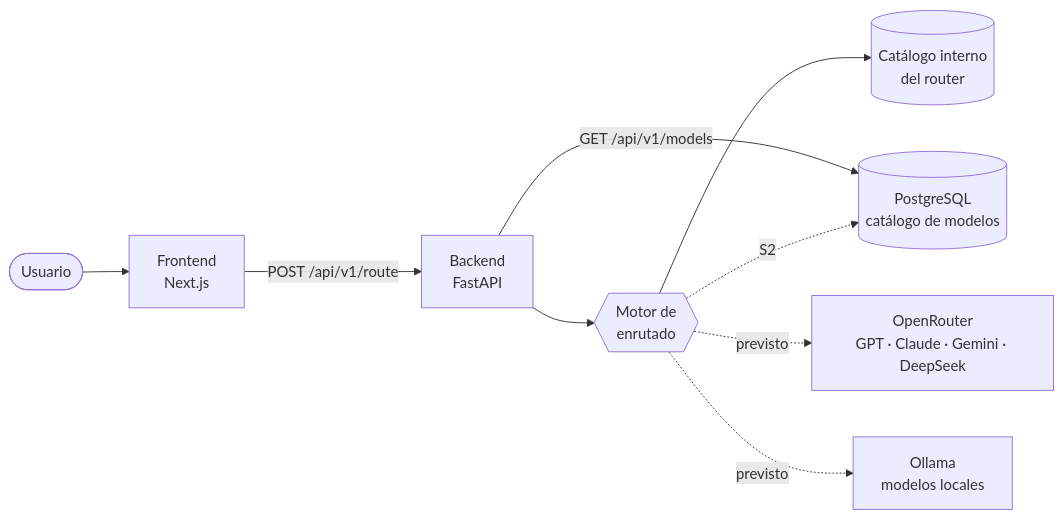
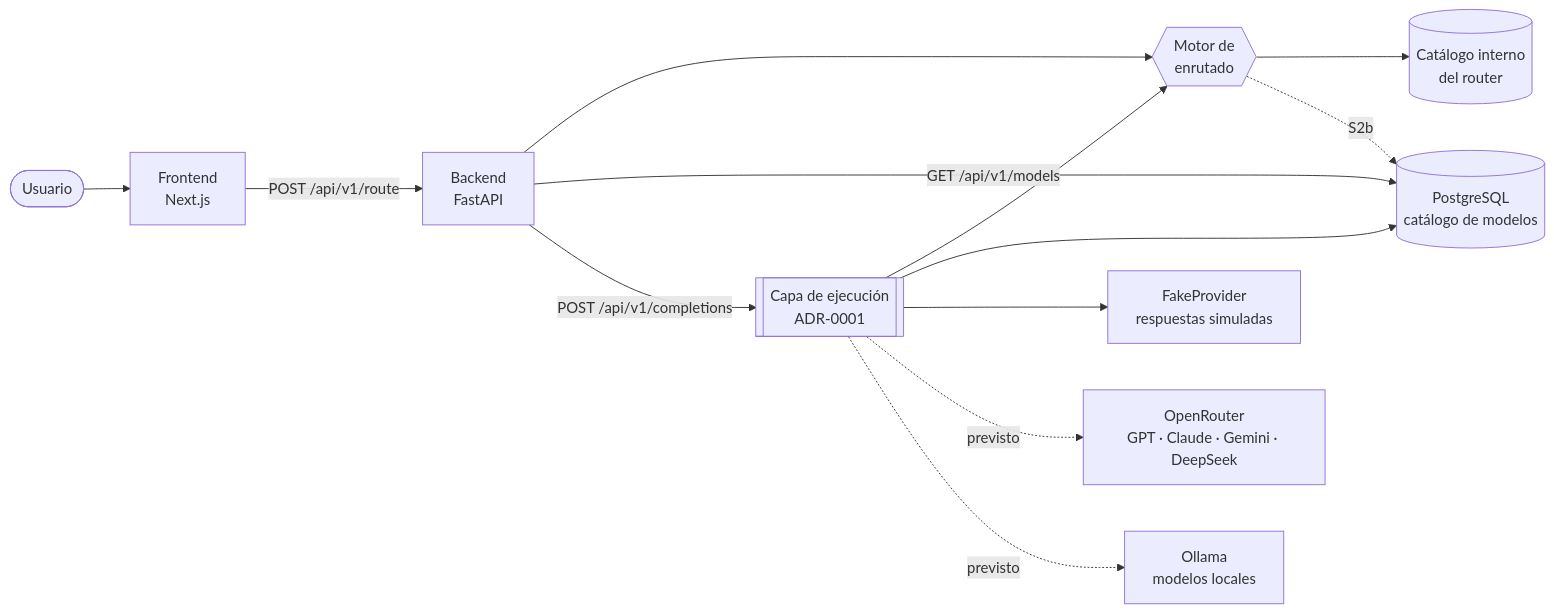
Before and after one commit to sofia-casado-sainz/ai-router-dashboard: the diagram in README.es.md, drawn with Mermaid. The commit also changed other lines of this file and 2 other files, not shown here.

First line of the commit message:
docs(s2): document execution wiring and completions endpoint

````diff
--- a/README.es.md
+++ b/README.es.md
@@ -41,11 +41,15 @@
 ```mermaid
 flowchart LR
     U([Usuario]) --> FE[Frontend<br/>Next.js]
     FE -->|POST /api/v1/route| BE[Backend<br/>FastAPI]
     BE --> RE{{Motor de<br/>enrutado}}
     RE --> CAT[(Catálogo interno<br/>del router)]
     BE -->|GET /api/v1/models| DB[(PostgreSQL<br/>catálogo de modelos)]
-    RE -. S2 .-> DB
-    RE -. previsto .-> OR[OpenRouter<br/>GPT · Claude · Gemini · DeepSeek]
-    RE -. previsto .-> OL[Ollama<br/>modelos locales]
+    BE -->|POST /api/v1/completions| EX[[Capa de ejecución<br/>ADR-0001]]
+    EX --> RE
+    EX --> DB
+    EX --> FP[FakeProvider<br/>respuestas simuladas]
+    RE -. S2b .-> DB
+    EX -. previsto .-> OR[OpenRouter<br/>GPT · Claude · Gemini · DeepSeek]
+    EX -. previsto .-> OL[Ollama<br/>modelos locales]
 ```
````
